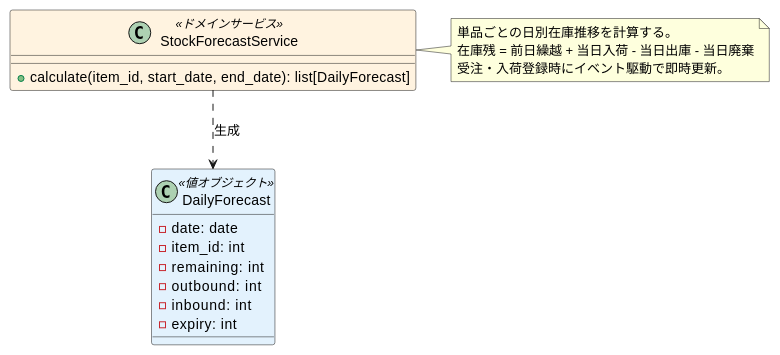
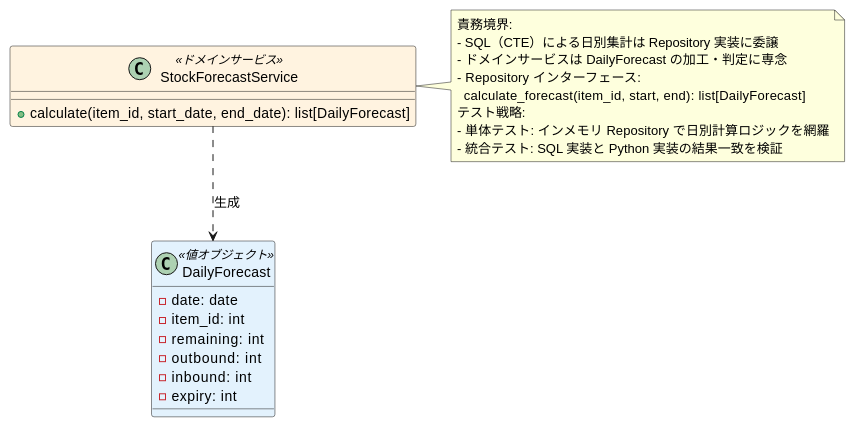
Before and after one commit to k2works/case-study-sdd-development: the seventh of 10 diagrams in docs/design/domain-model.md, drawn with PlantUML. The commit also changed other lines of this file and 3 other files, not shown here.

````diff
--- a/docs/design/domain-model.md
+++ b/docs/design/domain-model.md
@@ -364,26 +372,31 @@
 ```plantuml
 @startuml
 
 class StockForecastService <<ドメインサービス>> #FFF3E0 {
   + calculate(item_id, start_date, end_date): list[DailyForecast]
 }
 
 class DailyForecast <<値オブジェクト>> #E3F2FD {
   - date: date
   - item_id: int
   - remaining: int
   - outbound: int
   - inbound: int
   - expiry: int
 }
 
 StockForecastService ..> DailyForecast : 生成
 
 note right of StockForecastService
-  単品ごとの日別在庫推移を計算する。
-  在庫残 = 前日繰越 + 当日入荷 - 当日出庫 - 当日廃棄
-  受注・入荷登録時にイベント駆動で即時更新。
+  責務境界:
+  - SQL（CTE）による日別集計は Repository 実装に委譲
+  - ドメインサービスは DailyForecast の加工・判定に専念
+  - Repository インターフェース:
+    calculate_forecast(item_id, start, end): list[DailyForecast]
+  テスト戦略:
+  - 単体テスト: インメモリ Repository で日別計算ロジックを網羅
+  - 統合テスト: SQL 実装と Python 実装の結果一致を検証
 end note
 
 @enduml
 ```
````
